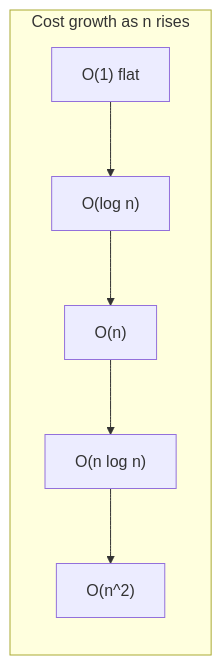
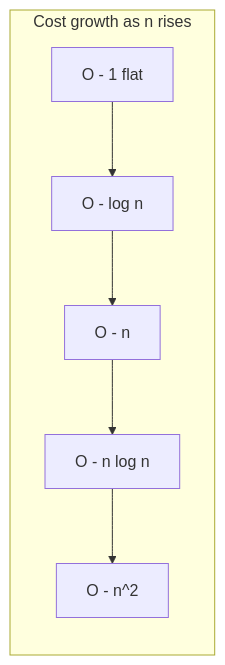
One commit to RIT-MESH/system-design-mastery changed the first of 2 diagrams in docs/00-prerequisites/03-complexity-data-structures.md. Above: the diagram before and after it, drawn with Mermaid. The commit also changed other lines of this file and 139 other files, not shown here.

First line of the commit message:
Fix Mermaid parse errors: replace parentheses in node labels across 140 files

````diff
--- a/docs/00-prerequisites/03-complexity-data-structures.md
+++ b/docs/00-prerequisites/03-complexity-data-structures.md
@@ -29,10 +29,10 @@
 ```mermaid
 %% created-for: system-design-mastery
 flowchart LR
   subgraph Growth["Cost growth as n rises"]
-    O1["O(1) flat"] --> Olog["O(log n)"]
-    Olog --> On["O(n)"]
-    On --> Onlogn["O(n log n)"]
-    Onlogn --> On2["O(n^2)"]
+    O1["O - 1 flat"] --> Olog["O - log n"]
+    Olog --> On["O - n"]
+    On --> Onlogn["O - n log n"]
+    Onlogn --> On2["O - n^2"]
   end
 ```
````
